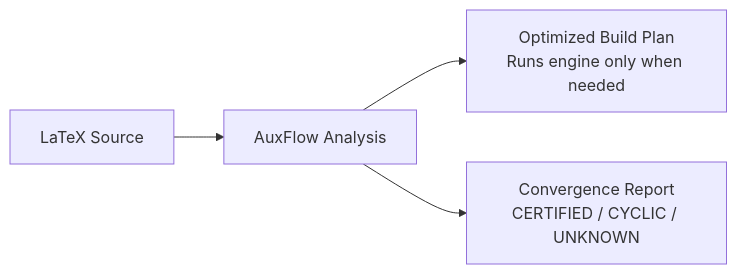
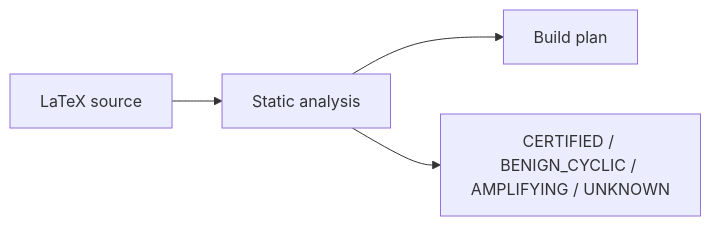
Before and after one commit to upayanmazumder/auxflow: the diagram in docs/index.md, drawn with Mermaid. The commit also changed other lines of this file and 7 other files, not shown here.

````diff
--- a/docs/index.md
+++ b/docs/index.md
@@ -16,6 +17,6 @@
 ```mermaid
 flowchart LR
-  TeX["LaTeX Source"] --> AF["AuxFlow Analysis"]
-  AF --> Plan["Optimized Build Plan<br>Runs engine only when needed"]
-  AF --> State["Convergence Report<br>CERTIFIED / CYCLIC / UNKNOWN"]
+  TeX["LaTeX source"] --> AF["Static analysis"]
+  AF --> Plan["Build plan"]
+  AF --> State["CERTIFIED / BENIGN_CYCLIC / AMPLIFYING / UNKNOWN"]
 ```
````
